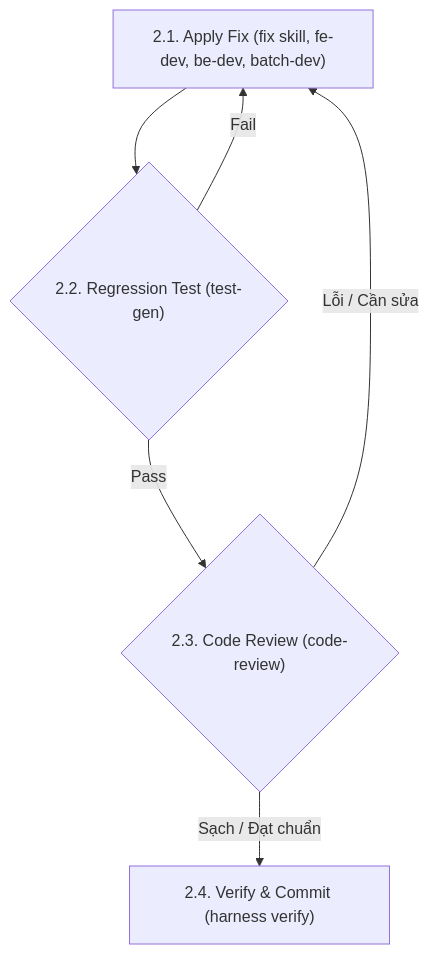
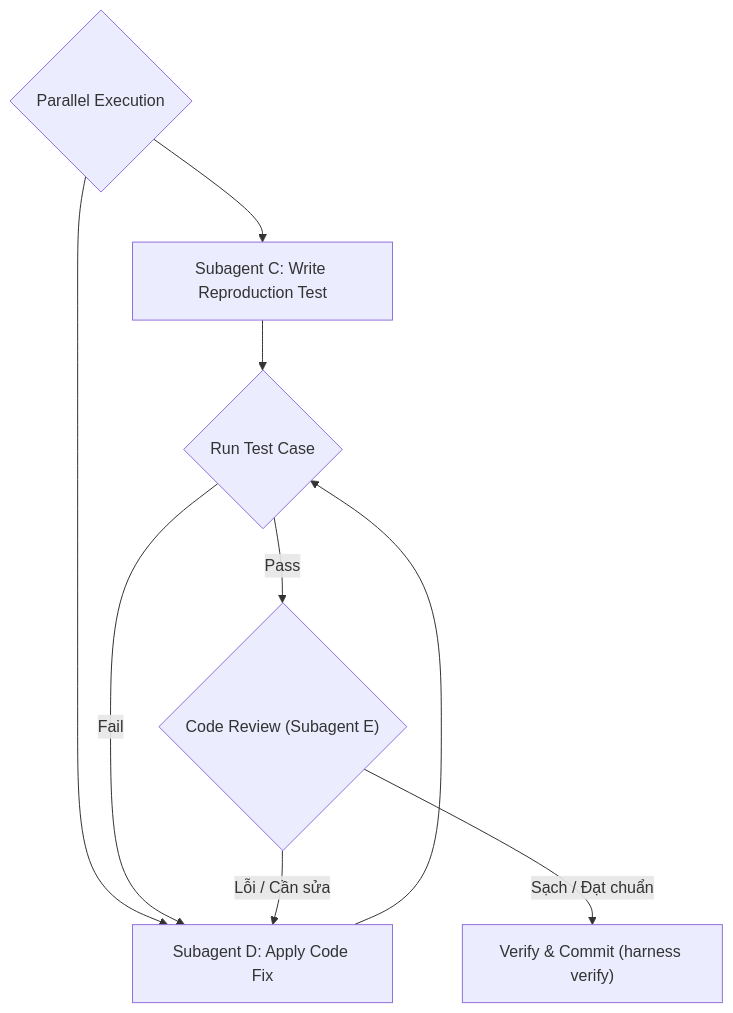
The diagram in skills/workflow-bugfix/SKILL.md (nobodyonlyc/skills), drawn with Mermaid before and after one commit. The commit also changed other lines of this file and 2 other files, not shown here.

Commit message:
feat: add parallel subagents orchestration to bootstrap, feature, and bugfix workflows

````diff
--- a/skills/workflow-bugfix/SKILL.md
+++ b/skills/workflow-bugfix/SKILL.md
@@ -31,8 +29,11 @@
 ```mermaid
 graph TD
-    Fix["2.1. Apply Fix (fix skill, fe-dev, be-dev, batch-dev)"] --> Test{"2.2. Regression Test (test-gen)"}
-    Test -->|Fail| Fix
-    Test -->|Pass| Review{"2.3. Code Review (code-review)"}
-    Review -->|Lỗi / Cần sửa| Fix
-    Review -->|Sạch / Đạt chuẩn| Verify["2.4. Verify & Commit (harness verify)"]
+    ParallelFix{"Parallel Execution"} --> SubC["Subagent C: Write Reproduction Test"]
+    ParallelFix --> SubD["Subagent D: Apply Code Fix"]
+    SubC --> RunTest{"Run Test Case"}
+    SubD --> RunTest
+    RunTest -->|Fail| SubD
+    RunTest -->|Pass| Review{"Code Review (Subagent E)"}
+    Review -->|Lỗi / Cần sửa| SubD
+    Review -->|Sạch / Đạt chuẩn| Verify["Verify & Commit (harness verify)"]
 ```
````
